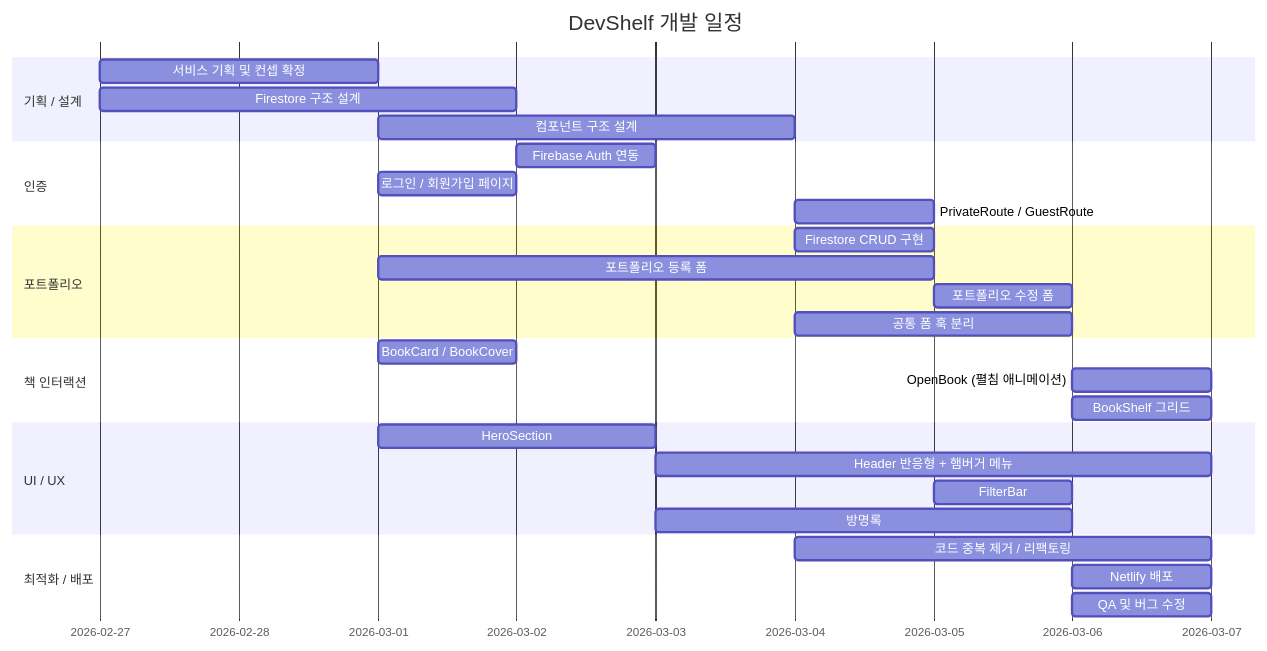
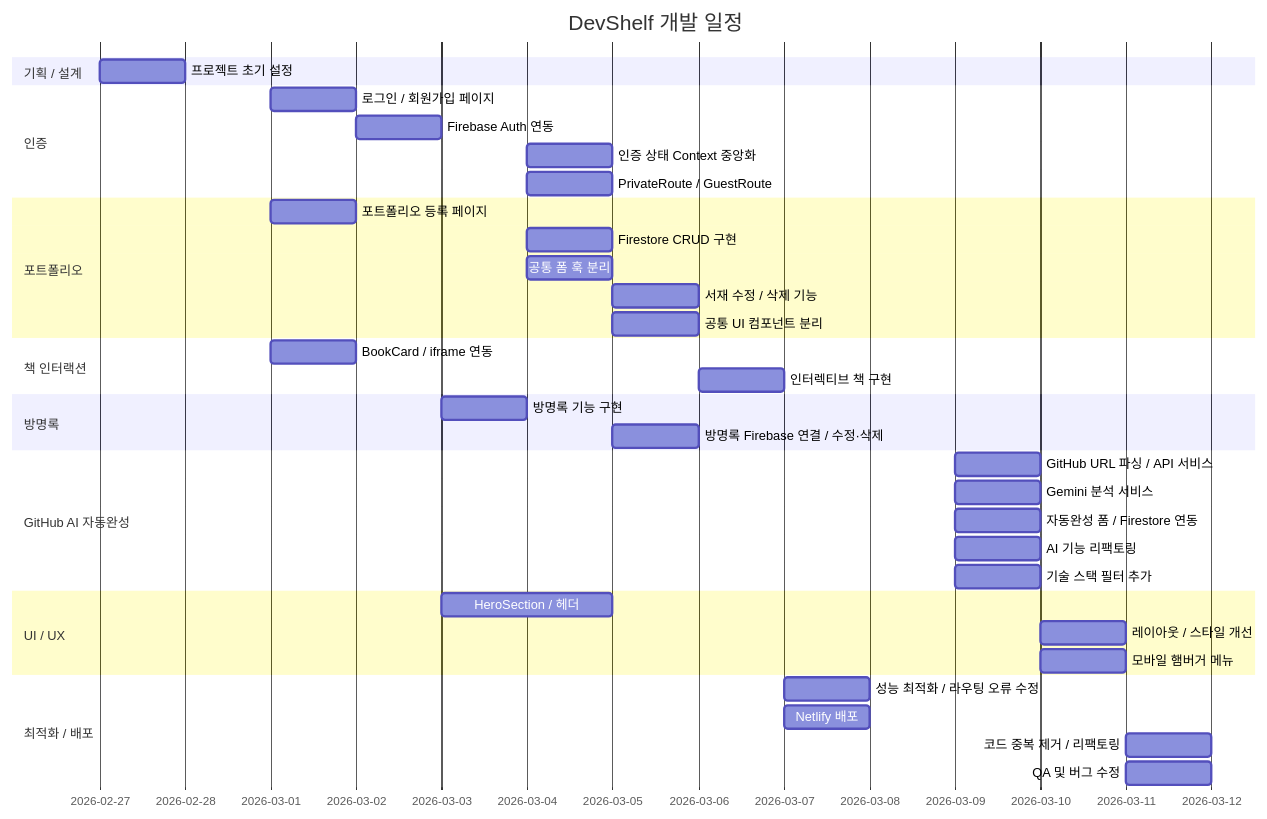
One commit to front-jeju/devshelf changed the second of 7 diagrams in README.md. Above: the diagram before and after it, drawn with Mermaid. The commit also changed other lines of this file, not shown here.

````diff
--- a/README.md
+++ b/README.md
@@ -181,31 +240,39 @@
 ```mermaid
 gantt
     title DevShelf 개발 일정
     dateFormat YYYY-MM-DD
     section 기획 / 설계
-        서비스 기획 및 컨셉 확정     :2026-02-27, 2d
-        Firestore 구조 설계          :2026-02-27, 3d
-        컴포넌트 구조 설계           :2026-03-01, 3d
+        프로젝트 초기 설정                :2026-02-27, 1d
     section 인증
-        Firebase Auth 연동           :2026-03-02, 1d
-        로그인 / 회원가입 페이지     :2026-03-01, 1d
-        PrivateRoute / GuestRoute    :2026-03-04, 1d
+        로그인 / 회원가입 페이지          :2026-03-01, 1d
+        Firebase Auth 연동                :2026-03-02, 1d
+        인증 상태 Context 중앙화          :2026-03-04, 1d
+        PrivateRoute / GuestRoute         :2026-03-04, 1d
     section 포트폴리오
-        Firestore CRUD 구현          :2026-03-04, 1d
-        포트폴리오 등록 폼           :2026-03-01, 4d
-        포트폴리오 수정 폼           :2026-03-05, 1d
-        공통 폼 훅 분리              :2026-03-04, 2d
+        포트폴리오 등록 페이지            :2026-03-01, 1d
+        Firestore CRUD 구현               :2026-03-04, 1d
+        공통 폼 훅 분리                   :2026-03-04, 1d
+        서재 수정 / 삭제 기능             :2026-03-05, 1d
+        공통 UI 컴포넌트 분리             :2026-03-05, 1d
     section 책 인터랙션
-        BookCard / BookCover         :2026-03-01, 1d
-        OpenBook (펼침 애니메이션)   :2026-03-06, 1d
-        BookShelf 그리드             :2026-03-06, 1d
+        BookCard / iframe 연동            :2026-03-01, 1d
+        인터렉티브 책 구현                :2026-03-06, 1d
+    section 방명록
+        방명록 기능 구현                  :2026-03-03, 1d
+        방명록 Firebase 연결 / 수정·삭제  :2026-03-05, 1d
+    section GitHub AI 자동완성
+        GitHub URL 파싱 / API 서비스      :2026-03-09, 1d
+        Gemini 분석 서비스                :2026-03-09, 1d
+        자동완성 폼 / Firestore 연동      :2026-03-09, 1d
+        AI 기능 리팩토링                  :2026-03-09, 1d
+        기술 스택 필터 추가               :2026-03-09, 1d
     section UI / UX
-        HeroSection                  :2026-03-01, 2d
-        Header 반응형 + 햄버거 메뉴  :2026-03-03, 4d
-        FilterBar                    :2026-03-05, 1d
-        방명록                       :2026-03-03, 3d
+        HeroSection / 헤더                :2026-03-03, 2d
+        레이아웃 / 스타일 개선            :2026-03-10, 1d
+        모바일 햄버거 메뉴                :2026-03-10, 1d
     section 최적화 / 배포
-        코드 중복 제거 / 리팩토링   :2026-03-04, 3d
-        Netlify 배포                 :2026-03-06, 1d
-        QA 및 버그 수정              :2026-03-06, 1d
+        성능 최적화 / 라우팅 오류 수정    :2026-03-07, 1d
+        Netlify 배포                      :2026-03-07, 1d
+        코드 중복 제거 / 리팩토링         :2026-03-11, 1d
+        QA 및 버그 수정                   :2026-03-11, 1d
 ```
````
